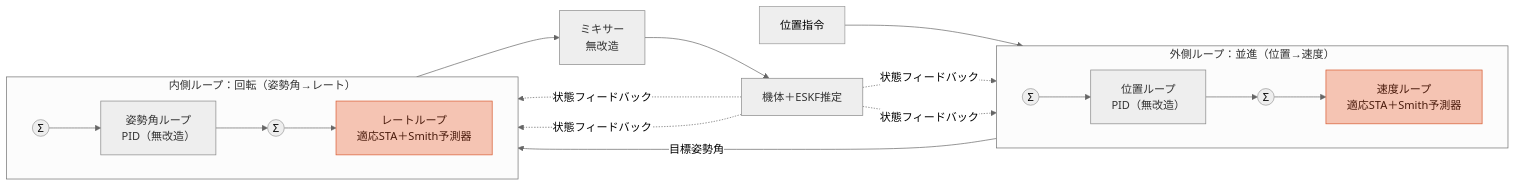
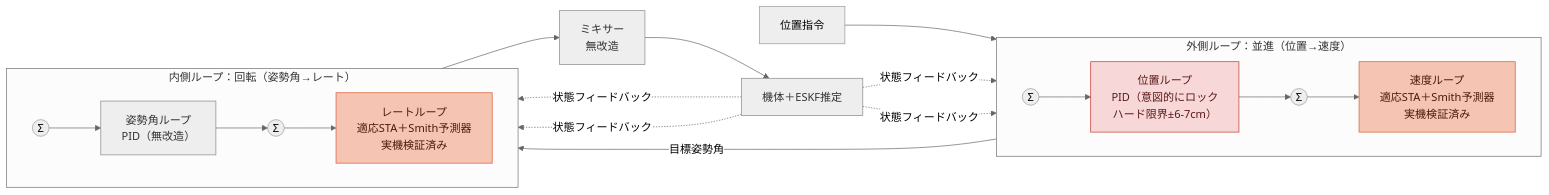
One commit to ourashel/stampfly_ecosystem changed the first of 2 diagrams in README.md. Above: the diagram before and after it, drawn with Mermaid (neutral theme). The commit also changed other lines of this file, not shown here.

````diff
--- a/README.md
+++ b/README.md
@@ -52,28 +61,30 @@
 ```mermaid
 flowchart LR
     CMD["位置指令"] --> SUM1((Σ))
     subgraph OUTER["外側ループ：並進（位置→速度）"]
         direction LR
-        SUM1 --> POS["位置ループ<br/>PID（無改造）"]
+        SUM1 --> POS["位置ループ<br/>PID（意図的にロック<br/>ハード限界±6-7cm）"]
         POS --> SUM2((Σ))
-        SUM2 --> VEL["速度ループ<br/>適応STA＋Smith予測器"]
+        SUM2 --> VEL["速度ループ<br/>適応STA＋Smith予測器<br/>実機検証済み"]
     end
     VEL -->|目標姿勢角| SUM3((Σ))
     subgraph INNER["内側ループ：回転（姿勢角→レート）"]
         direction LR
         SUM3 --> ATT["姿勢角ループ<br/>PID（無改造）"]
         ATT --> SUM4((Σ))
-        SUM4 --> RATE["レートループ<br/>適応STA＋Smith予測器"]
+        SUM4 --> RATE["レートループ<br/>適応STA＋Smith予測器<br/>実機検証済み"]
     end
     RATE --> MIX["ミキサー<br/>無改造"]
     MIX --> PLANT["機体＋ESKF推定"]
     PLANT -. 状態フィードバック .-> SUM1
     PLANT -. 状態フィードバック .-> SUM2
     PLANT -. 状態フィードバック .-> SUM3
     PLANT -. 状態フィードバック .-> SUM4
 
     classDef pid fill:#eee,stroke:#888,color:#333
+    classDef locked fill:#f7d7d7,stroke:#c0392b,color:#5a1a1a
     classDef sta fill:#f5c4b3,stroke:#d85a30,color:#4a1b0c
-    class POS,ATT,MIX,PLANT pid
+    class ATT,MIX,PLANT pid
+    class POS locked
     class VEL,RATE sta
 ```
````
